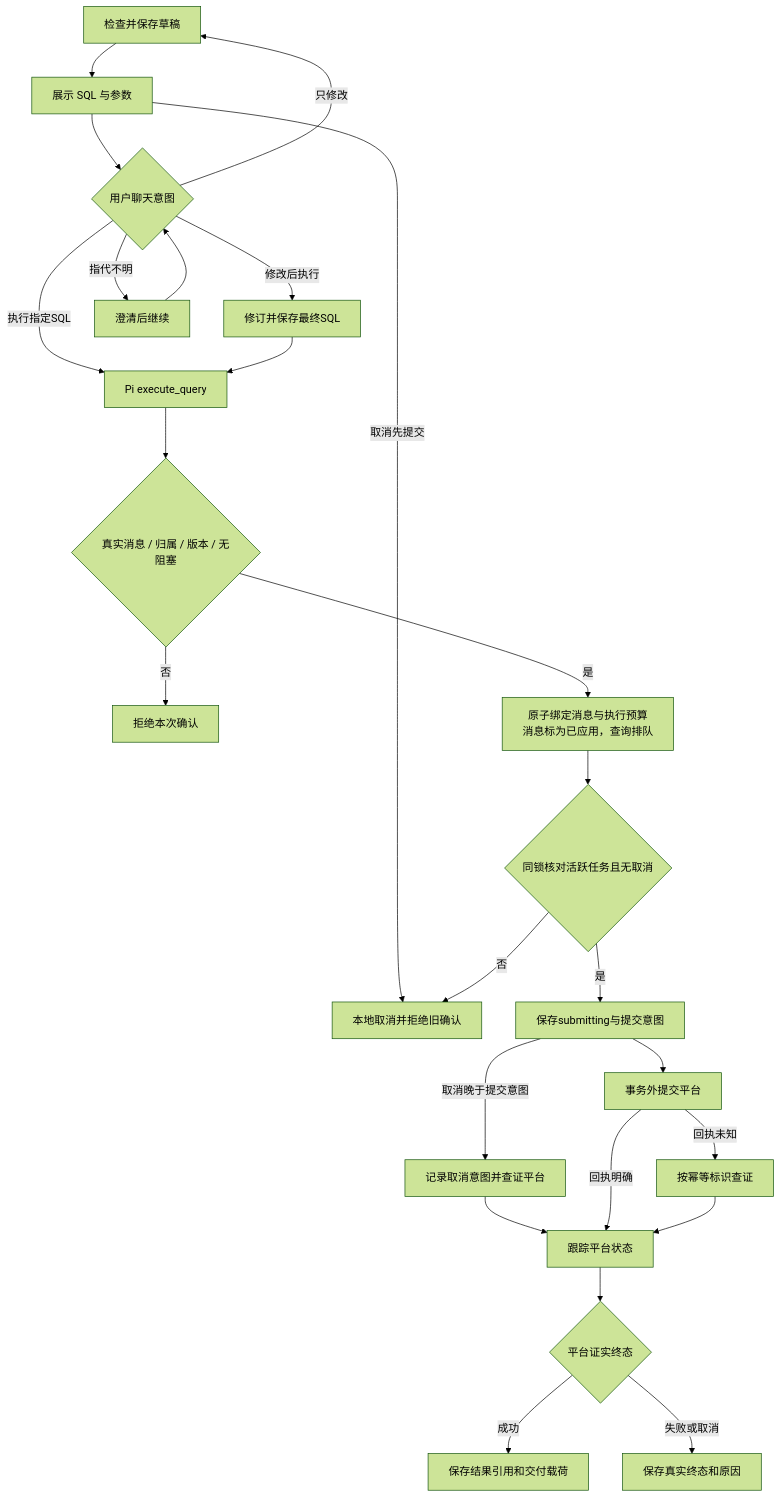
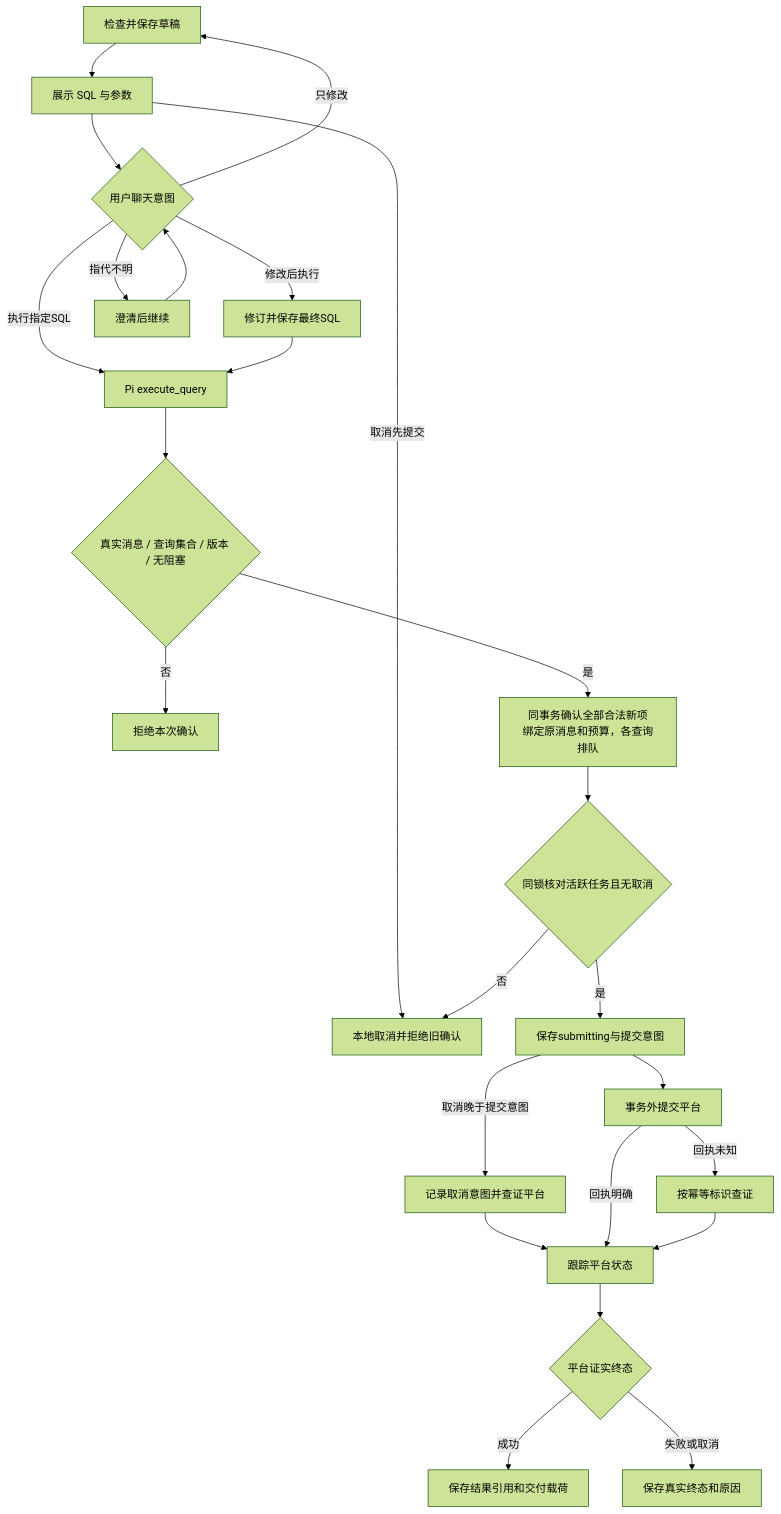
The sixth of 8 diagrams in docs/architecture/runtime-modules.md (yaoziyaoguai/data_agent), drawn with Mermaid (forest theme) before and after one commit. The commit also changed other lines of this file and 18 other files, not shown here.

````diff
--- a/docs/architecture/runtime-modules.md
+++ b/docs/architecture/runtime-modules.md
@@ -259,27 +260,27 @@
 ```mermaid
 flowchart TD
   A[检查并保存草稿] --> B[展示 SQL 与参数]
   B --> U{用户聊天意图}
   U -->|只修改| A
   U -->|修改后执行| Rev[修订并保存最终SQL]
   U -->|执行指定SQL| Auth[Pi execute_query]
   U -->|指代不明| Ask[澄清后继续]
   Ask --> U
   Rev --> Auth
-  Auth --> C{真实消息 / 归属 / 版本 / 无阻塞}
+  Auth --> C{真实消息 / 查询集合 / 版本 / 无阻塞}
   C -->|否| X[拒绝本次确认]
-  C -->|是| D[原子绑定消息与执行预算<br/>消息标为已应用，查询排队]
+  C -->|是| D[同事务确认全部合法新项<br/>绑定原消息和预算，各查询排队]
   B -->|取消先提交| L[本地取消并拒绝旧确认]
   D --> S{同锁核对活跃任务且无取消}
   S -->|否| L
   S -->|是| Intent[保存submitting与提交意图]
   Intent --> E[事务外提交平台]
   Intent -->|取消晚于提交意图| Cancel[记录取消意图并查证平台]
   Cancel --> F
   E -->|回执明确| F[跟踪平台状态]
   E -->|回执未知| G[按幂等标识查证]
   G --> F
   F --> H{平台证实终态}
   H -->|成功| I[保存结果引用和交付载荷]
   H -->|失败或取消| J[保存真实终态和原因]
 ```
````
